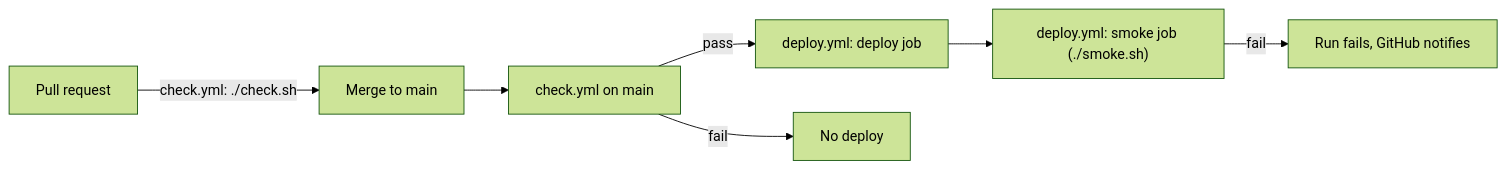
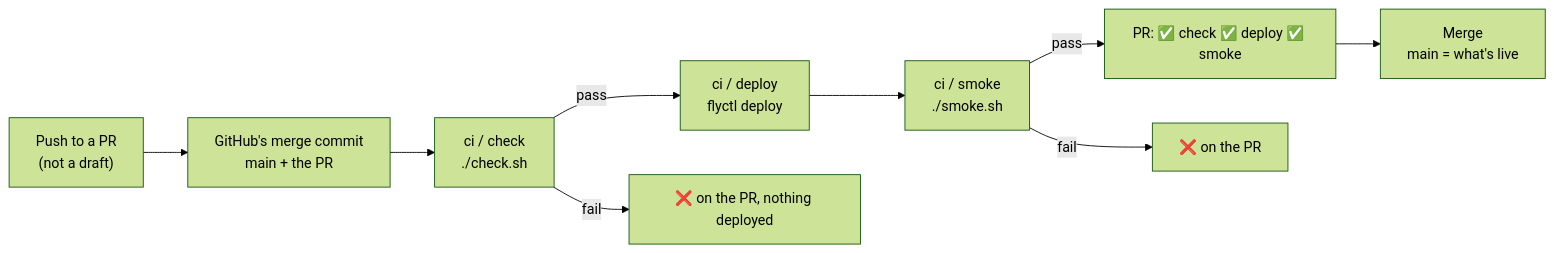
One commit to VOxFF/schematics-ai-tutor changed the first of 2 diagrams in docs/deployment.md. Above: the diagram before and after it, drawn with Mermaid (forest theme). The commit also changed other lines of this file and 10 other files, not shown here.

Commit message:
Deployment: deploy before merge: ci.yml checks, deploys and smoke tests each PR; deploy.yml restores main

````diff
--- a/docs/deployment.md
+++ b/docs/deployment.md
@@ -37,9 +37,11 @@
 ```mermaid
 flowchart LR
-    PR[Pull request] -->|"check.yml: ./check.sh"| M[Merge to main]
-    M --> C["check.yml on main"]
-    C -->|pass| D["deploy.yml: deploy job"]
-    C -->|fail| X[No deploy]
-    D --> S["deploy.yml: smoke job (./smoke.sh)"]
-    S -->|fail| F[Run fails, GitHub notifies]
+    P["Push to a PR<br/>(not a draft)"] --> M["GitHub's merge commit<br/>main + the PR"]
+    M --> C["ci / check<br/>./check.sh"]
+    C -->|pass| D["ci / deploy<br/>flyctl deploy"]
+    D --> S["ci / smoke<br/>./smoke.sh"]
+    S -->|pass| G["PR: ✅ check ✅ deploy ✅ smoke"]
+    G --> Merge["Merge<br/>main = what's live"]
+    C -->|fail| X["❌ on the PR, nothing deployed"]
+    S -->|fail| Y["❌ on the PR"]
 ```
````
